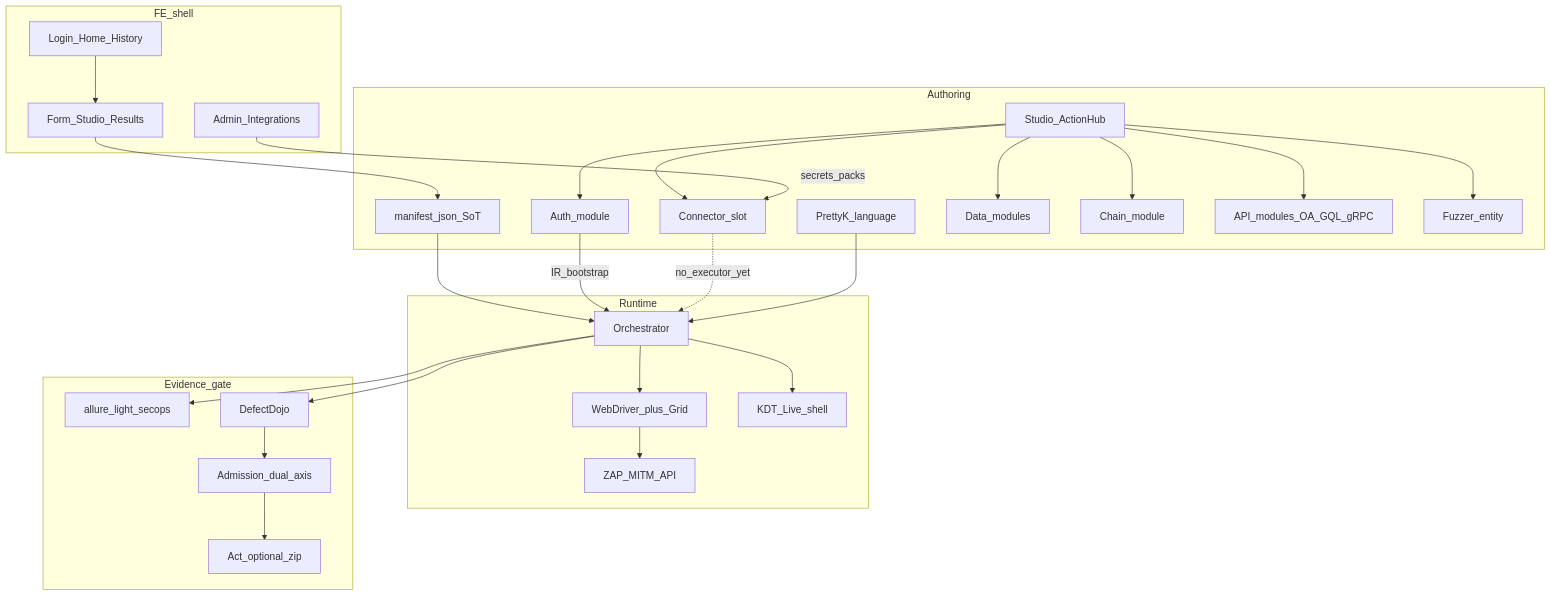
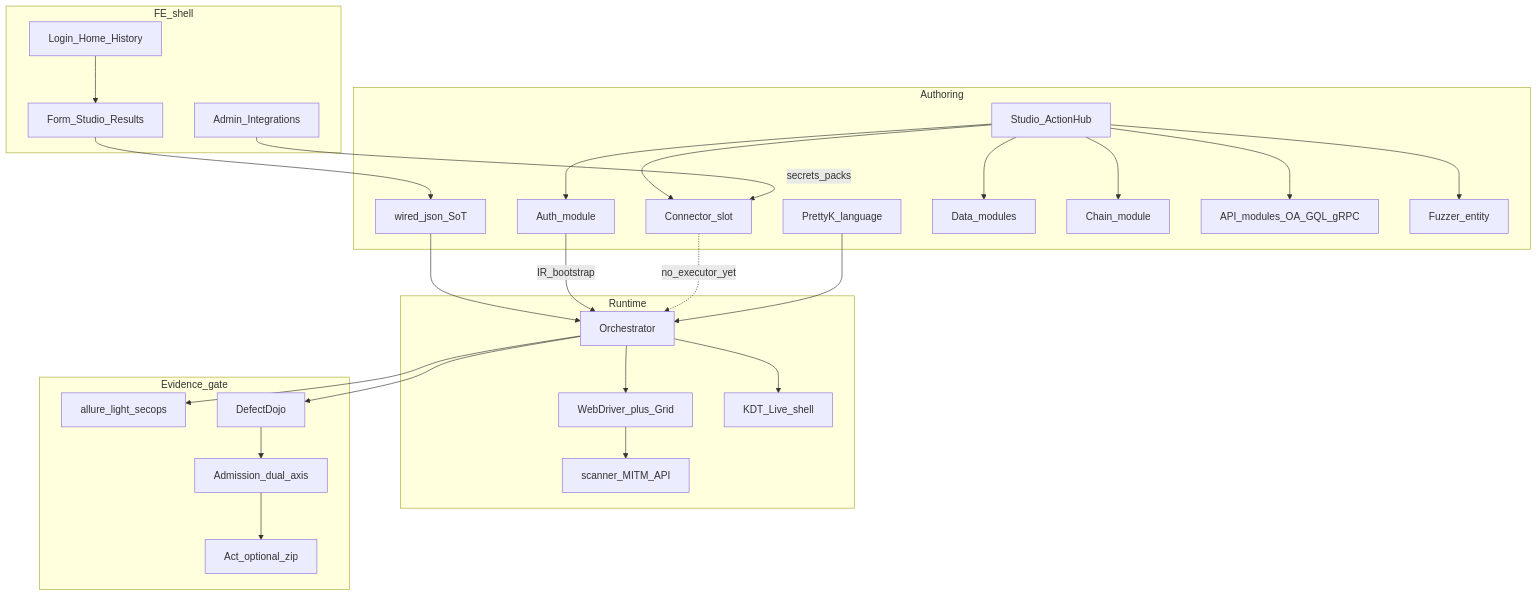
Before and after one commit to prettyk-io/prettyk-secops: the first of 3 diagrams in sanctuary/pure/MODULES-SKELETON.md, drawn with Mermaid. The commit also changed other lines of this file and 638 other files, not shown here.

````diff
--- a/sanctuary/pure/MODULES-SKELETON.md
+++ b/sanctuary/pure/MODULES-SKELETON.md
@@ -18,51 +18,51 @@
 ```mermaid
 flowchart TB
   subgraph authoring [Authoring]
-    ManifestSoT[manifest_json_SoT]
+    WiredSoT[wired_json_SoT]
     StudioHub[Studio_ActionHub]
     PrettyK[PrettyK_language]
     AuthMod[Auth_module]
     ConnSlot[Connector_slot]
     DataMod[Data_modules]
     ChainMod[Chain_module]
     ApiMod[API_modules_OA_GQL_gRPC]
     FuzzerEnt[Fuzzer_entity]
   end
   subgraph shell [FE_shell]
     LoginHome[Login_Home_History]
     Workspace[Form_Studio_Results]
     AdminInt[Admin_Integrations]
   end
   subgraph runtime [Runtime]
     Orch[Orchestrator]
     WD[WebDriver_plus_Grid]
-    ZAP[ZAP_MITM_API]
+    scanner[scanner_MITM_API]
     Live[KDT_Live_shell]
   end
   subgraph evidence [Evidence_gate]
     Allure[allure_light_secops]
     Dojo[DefectDojo]
     Admit[Admission_dual_axis]
     ActPkg[Act_optional_zip]
   end
   LoginHome --> Workspace
   StudioHub --> AuthMod
   StudioHub --> ConnSlot
   StudioHub --> DataMod
   StudioHub --> ChainMod
   StudioHub --> ApiMod
   StudioHub --> FuzzerEnt
   AdminInt -->|secrets_packs| ConnSlot
-  Workspace --> ManifestSoT
-  ManifestSoT --> Orch
+  Workspace --> WiredSoT
+  WiredSoT --> Orch
   AuthMod -->|IR_bootstrap| Orch
   ConnSlot -.->|no_executor_yet| Orch
   PrettyK --> Orch
   Orch --> WD
-  WD --> ZAP
+  WD --> scanner
   Orch --> Live
   Orch --> Allure
   Orch --> Dojo
   Dojo --> Admit
   Admit --> ActPkg
 ```
````
